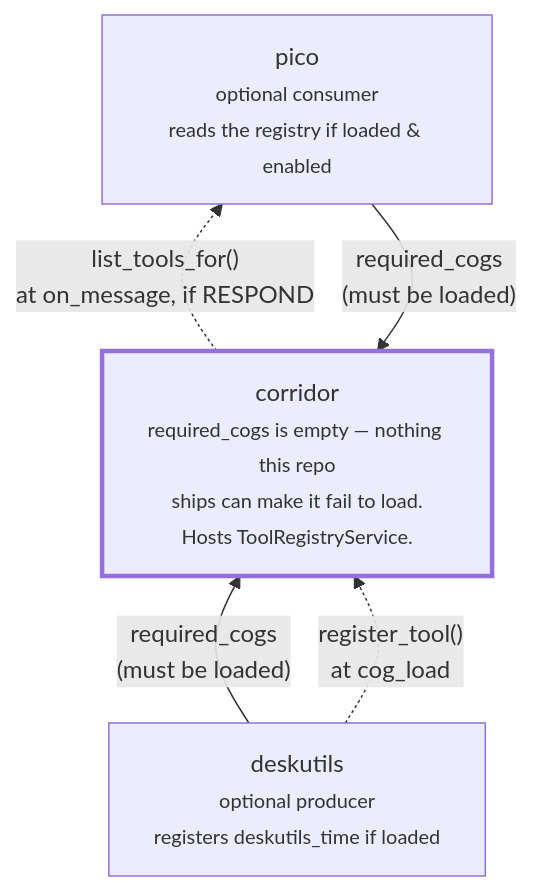
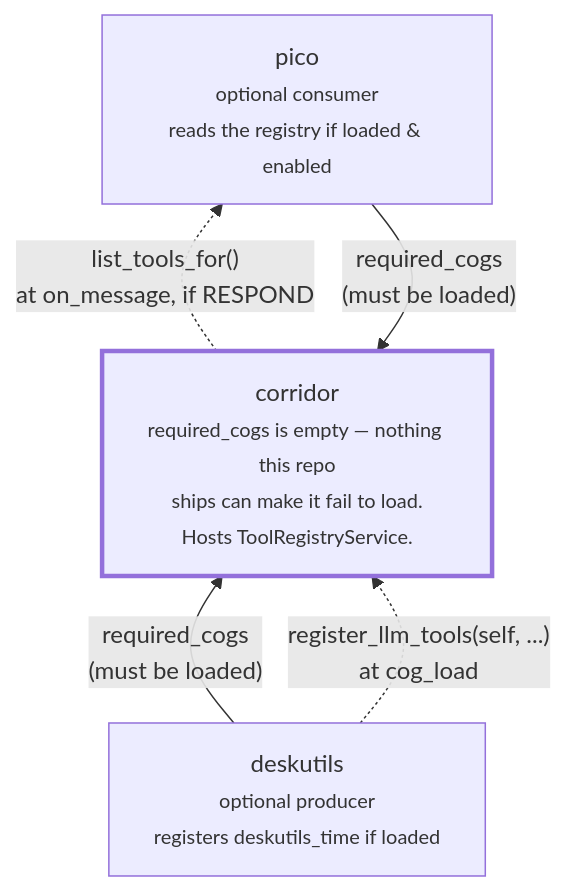
Before and after one commit to pixel-agents-hq/pixel-agents-cogs: the first of 2 diagrams in docs/corridor-tool-registry-design.md, drawn with Mermaid. The commit also changed other lines of this file and 24 other files, not shown here.

````diff
--- a/docs/corridor-tool-registry-design.md
+++ b/docs/corridor-tool-registry-design.md
@@ -55,14 +64,14 @@
 ```mermaid
 flowchart BT
     corridor["corridor<br/><small>required_cogs is empty — nothing this repo<br/>ships can make it fail to load.<br/>Hosts ToolRegistryService.</small>"]
     deskutils["deskutils<br/><small>optional producer<br/>registers deskutils_time if loaded</small>"]
     pico["pico<br/><small>optional consumer<br/>reads the registry if loaded &amp; enabled</small>"]
 
     deskutils -->|"required_cogs<br/>(must be loaded)"| corridor
     pico -->|"required_cogs<br/>(must be loaded)"| corridor
-    deskutils -.->|"register_tool()<br/>at cog_load"| corridor
+    deskutils -.->|"register_llm_tools(self, ...)<br/>at cog_load"| corridor
     corridor -.->|"list_tools_for()<br/>at on_message, if RESPOND"| pico
 
     classDef required stroke-width:3px;
     class corridor required;
 ```
````
